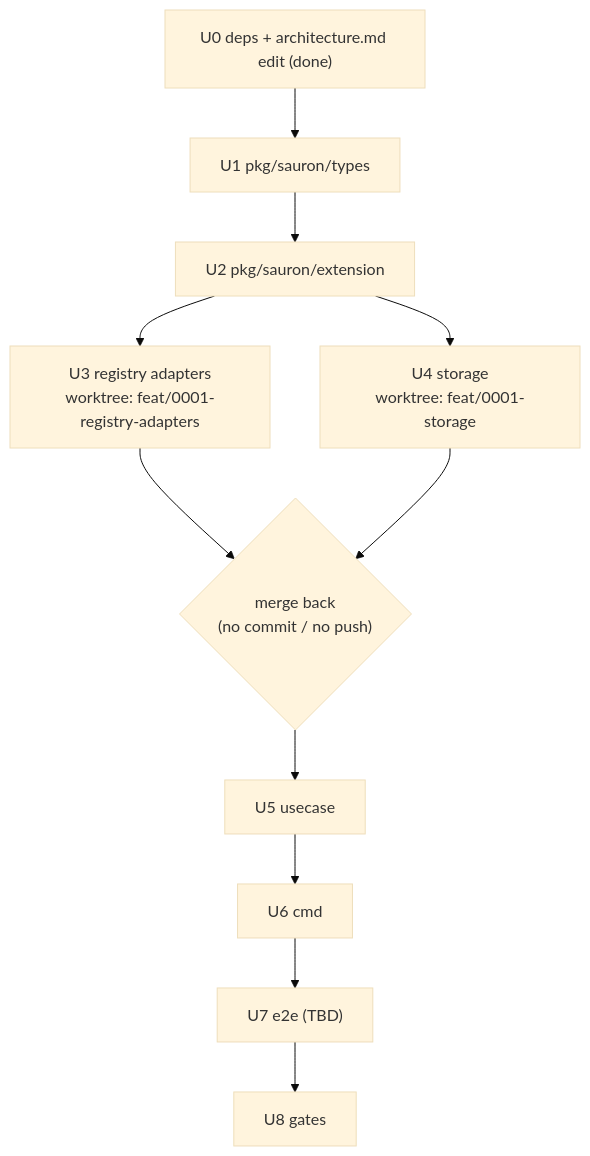
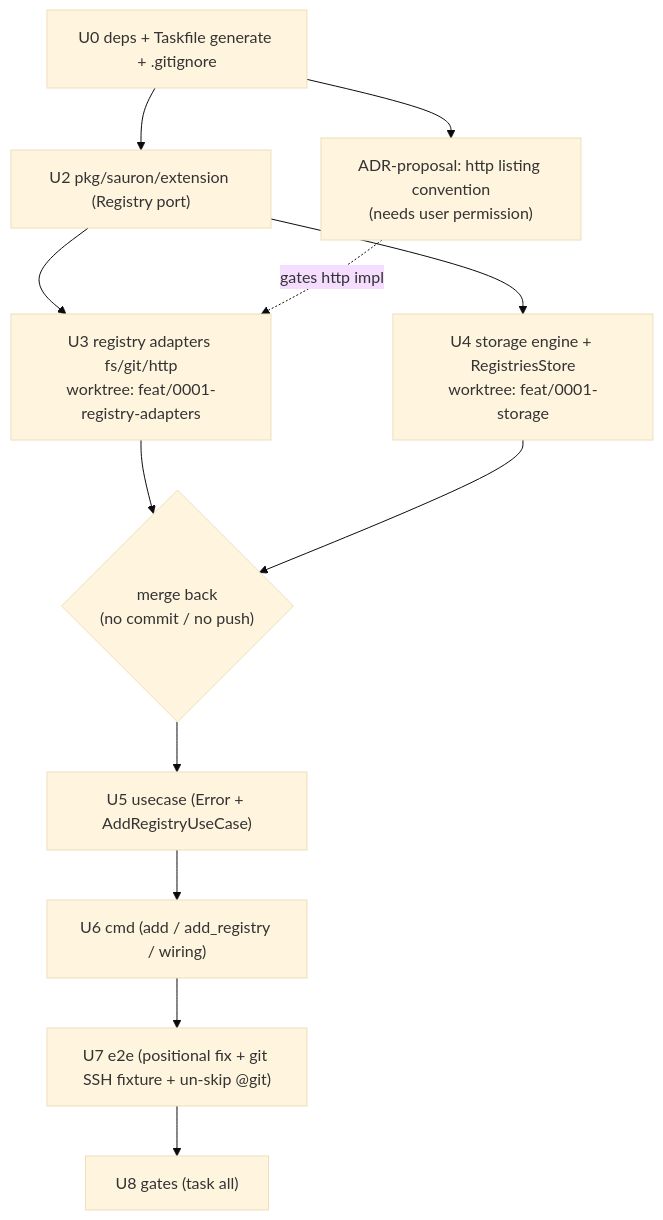
One commit to Delfimarime/sauron changed the third of 3 diagrams in spec/0001-add-registry/plan.md. Above: the diagram before and after it, drawn with Mermaid (base theme). The commit also changed other lines of this file and 49 other files, not shown here.

````diff
--- a/spec/0001-add-registry/plan.md
+++ b/spec/0001-add-registry/plan.md
@@ -273,13 +306,14 @@
 ```mermaid
 graph TD
-  U0["U0 deps + architecture.md edit (done)"] --> U1["U1 pkg/sauron/types"]
-  U1 --> U2["U2 pkg/sauron/extension"]
-  U2 --> U3["U3 registry adapters<br/>worktree: feat/0001-registry-adapters"]
-  U2 --> U4["U4 storage<br/>worktree: feat/0001-storage"]
+  U0["U0 deps + Taskfile generate + .gitignore"] --> U2["U2 pkg/sauron/extension (Registry port)"]
+  U0 --> ADR["ADR-proposal: http listing convention<br/>(needs user permission)"]
+  U2 --> U3["U3 registry adapters fs/git/http<br/>worktree: feat/0001-registry-adapters"]
+  U2 --> U4["U4 storage engine + RegistriesStore<br/>worktree: feat/0001-storage"]
+  ADR -.gates http impl.-> U3
   U3 --> M{"merge back<br/>(no commit / no push)"}
   U4 --> M
-  M --> U5["U5 usecase"]
-  U5 --> U6["U6 cmd"]
-  U6 --> U7["U7 e2e (TBD)"]
-  U7 --> U8["U8 gates"]
+  M --> U5["U5 usecase (Error + AddRegistryUseCase)"]
+  U5 --> U6["U6 cmd (add / add_registry / wiring)"]
+  U6 --> U7["U7 e2e (positional fix + git SSH fixture + un-skip @git)"]
+  U7 --> U8["U8 gates (task all)"]
 ```
````
